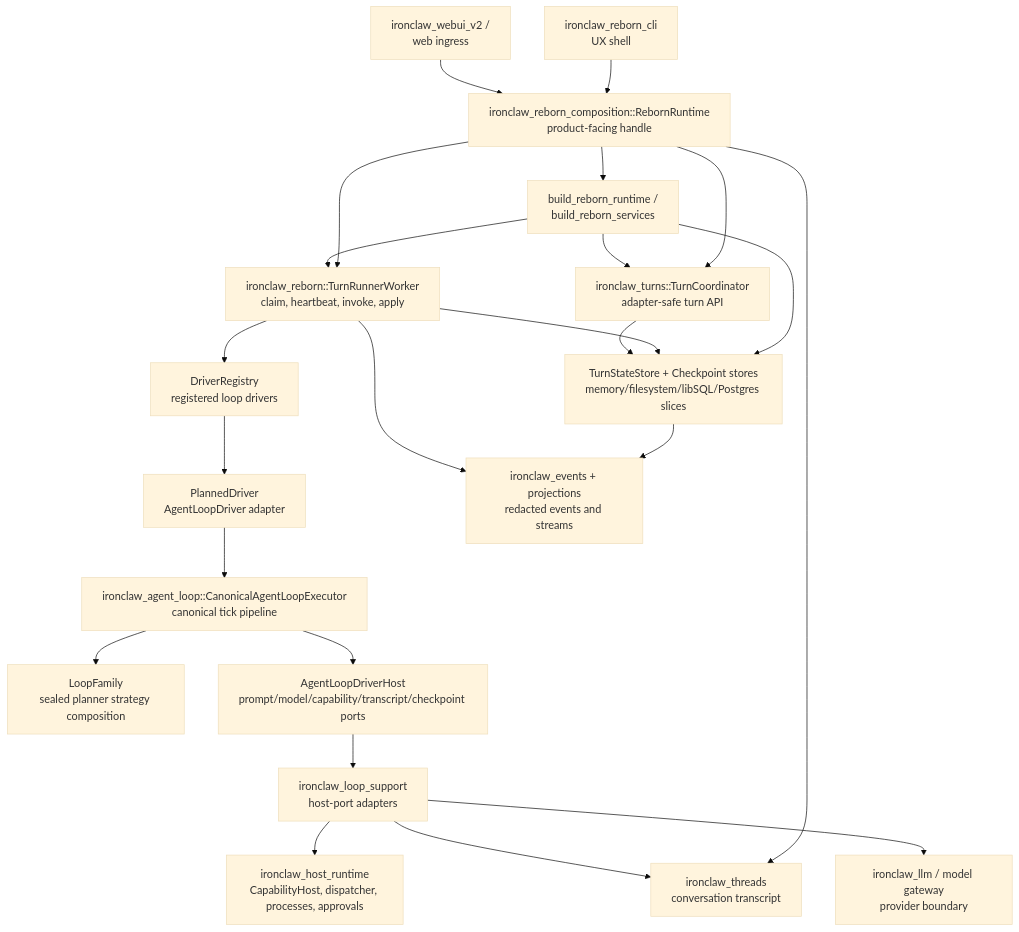
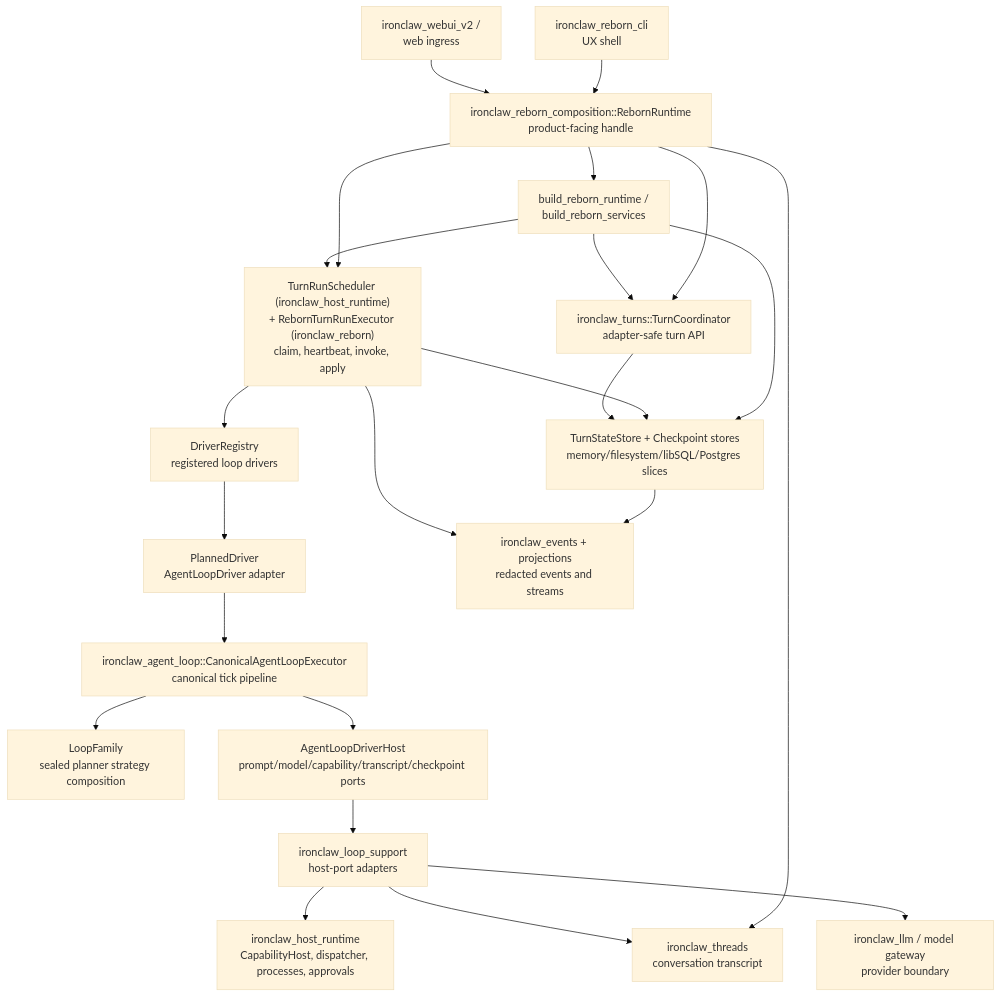
One commit to nearai/ironclaw changed the second of 7 diagrams in crates/Architecture.md. Above: the diagram before and after it, drawn with Mermaid (base theme). The commit also changed other lines of this file and 29 other files, not shown here.

````diff
--- a/crates/Architecture.md
+++ b/crates/Architecture.md
@@ -279,43 +292,43 @@
 ```mermaid
 flowchart TD
     CLI["ironclaw_reborn_cli\nUX shell"]
     WebUI["ironclaw_webui_v2 /\nweb ingress"]
     Runtime["ironclaw_reborn_composition::RebornRuntime\nproduct-facing handle"]
     Factory["build_reborn_runtime /\nbuild_reborn_services"]
     Coordinator["ironclaw_turns::TurnCoordinator\nadapter-safe turn API"]
     Store["TurnStateStore + Checkpoint stores\nmemory/filesystem/libSQL/Postgres slices"]
-    Worker["ironclaw_reborn::TurnRunnerWorker\nclaim, heartbeat, invoke, apply"]
+    Worker["TurnRunScheduler (ironclaw_host_runtime)\n+ RebornTurnRunExecutor (ironclaw_reborn)\nclaim, heartbeat, invoke, apply"]
     Registry["DriverRegistry\nregistered loop drivers"]
     Planned["PlannedDriver\nAgentLoopDriver adapter"]
     Executor["ironclaw_agent_loop::CanonicalAgentLoopExecutor\ncanonical tick pipeline"]
     Family["LoopFamily\nsealed planner strategy composition"]
     Host["AgentLoopDriverHost\nprompt/model/capability/transcript/checkpoint ports"]
     LoopSupport["ironclaw_loop_support\nhost-port adapters"]
     HostRuntime["ironclaw_host_runtime\nCapabilityHost, dispatcher, processes, approvals"]
     LLM["ironclaw_llm / model gateway\nprovider boundary"]
     Threads["ironclaw_threads\nconversation transcript"]
     Events["ironclaw_events + projections\nredacted events and streams"]
 
     CLI --> Runtime
     WebUI --> Runtime
     Runtime --> Factory
     Runtime --> Threads
     Runtime --> Coordinator
     Runtime --> Worker
     Factory --> Coordinator
     Factory --> Store
     Factory --> Worker
     Worker --> Store
     Worker --> Registry
     Registry --> Planned
     Planned --> Executor
     Executor --> Family
     Executor --> Host
     Host --> LoopSupport
     LoopSupport --> HostRuntime
     LoopSupport --> LLM
     LoopSupport --> Threads
     Coordinator --> Store
     Store --> Events
     Worker --> Events
 ```
````
